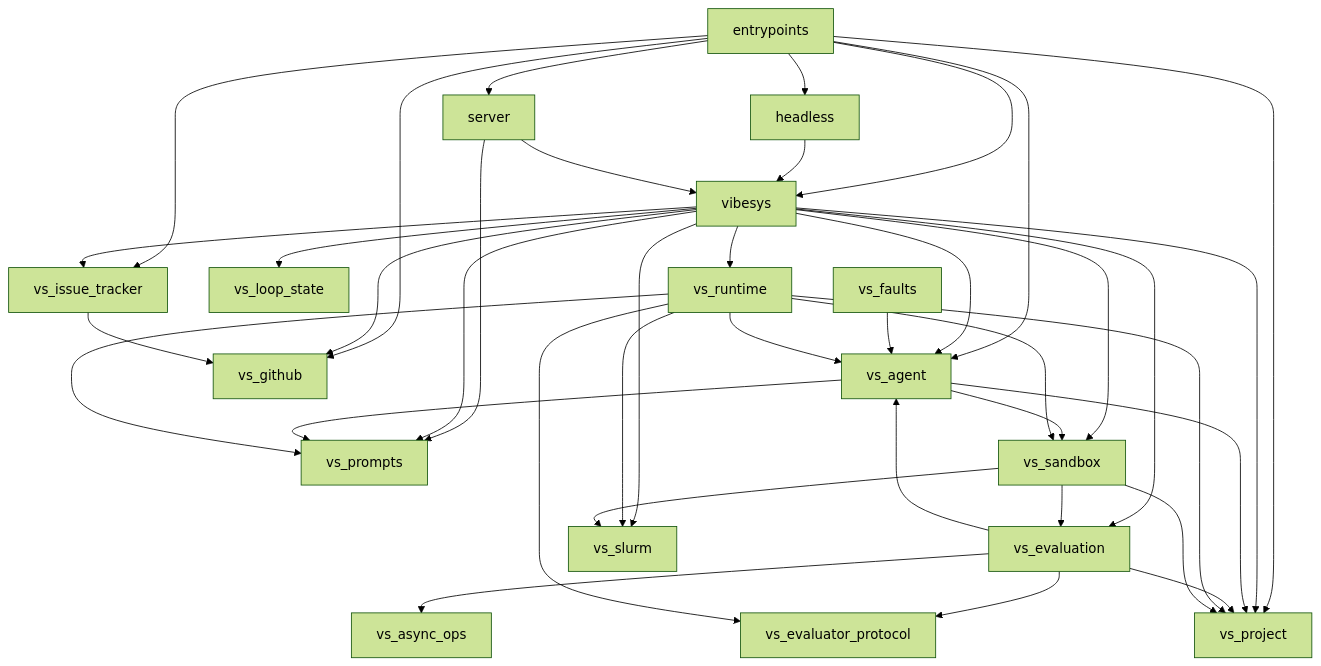
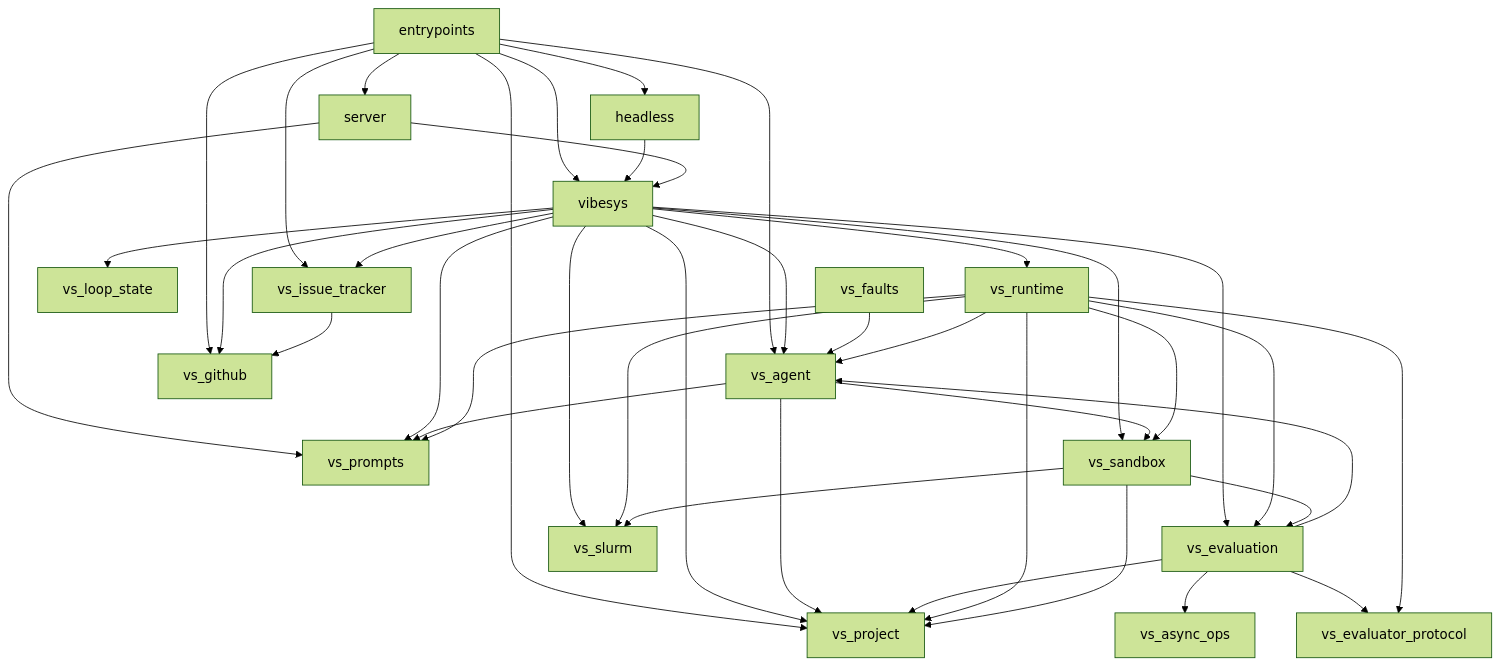
Before and after one commit to uw-syfi/vibesys: the first of 3 diagrams in docs/contributing/architecture.md, drawn with Mermaid (forest theme). The commit also changed other lines of this file and 8 other files, not shown here.

````diff
--- a/docs/contributing/architecture.md
+++ b/docs/contributing/architecture.md
@@ -70,41 +70,42 @@
 ```mermaid
 graph TD
     entrypoints --> headless
     entrypoints --> server
     entrypoints --> vibesys
     entrypoints --> vs_agent
     entrypoints --> vs_github
     entrypoints --> vs_issue_tracker
     entrypoints --> vs_project
     headless --> vibesys
     server --> vibesys
     server --> vs_prompts
     vibesys --> vs_agent
     vibesys --> vs_evaluation
     vibesys --> vs_github
     vibesys --> vs_issue_tracker
     vibesys --> vs_loop_state
     vibesys --> vs_project
     vibesys --> vs_prompts
     vibesys --> vs_runtime
     vibesys --> vs_sandbox
     vibesys --> vs_slurm
     vs_agent --> vs_project
     vs_agent --> vs_prompts
     vs_agent --> vs_sandbox
     vs_evaluation --> vs_agent
     vs_evaluation --> vs_async_ops
     vs_evaluation --> vs_evaluator_protocol
     vs_evaluation --> vs_project
     vs_faults --> vs_agent
     vs_issue_tracker --> vs_github
     vs_runtime --> vs_agent
+    vs_runtime --> vs_evaluation
     vs_runtime --> vs_evaluator_protocol
     vs_runtime --> vs_project
     vs_runtime --> vs_prompts
     vs_runtime --> vs_sandbox
     vs_runtime --> vs_slurm
     vs_sandbox --> vs_evaluation
     vs_sandbox --> vs_project
     vs_sandbox --> vs_slurm
 ```
````
